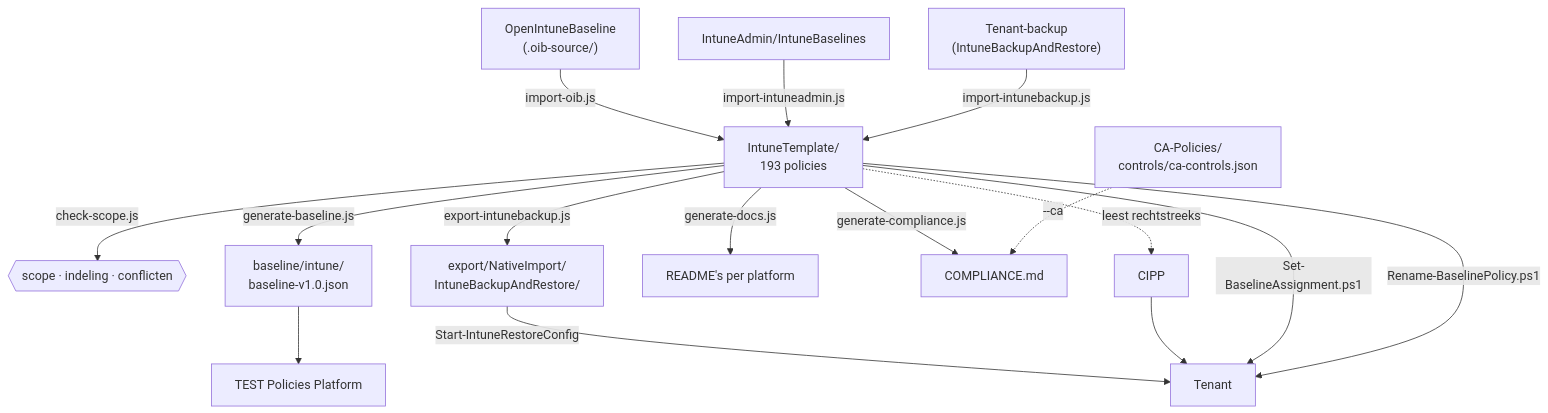
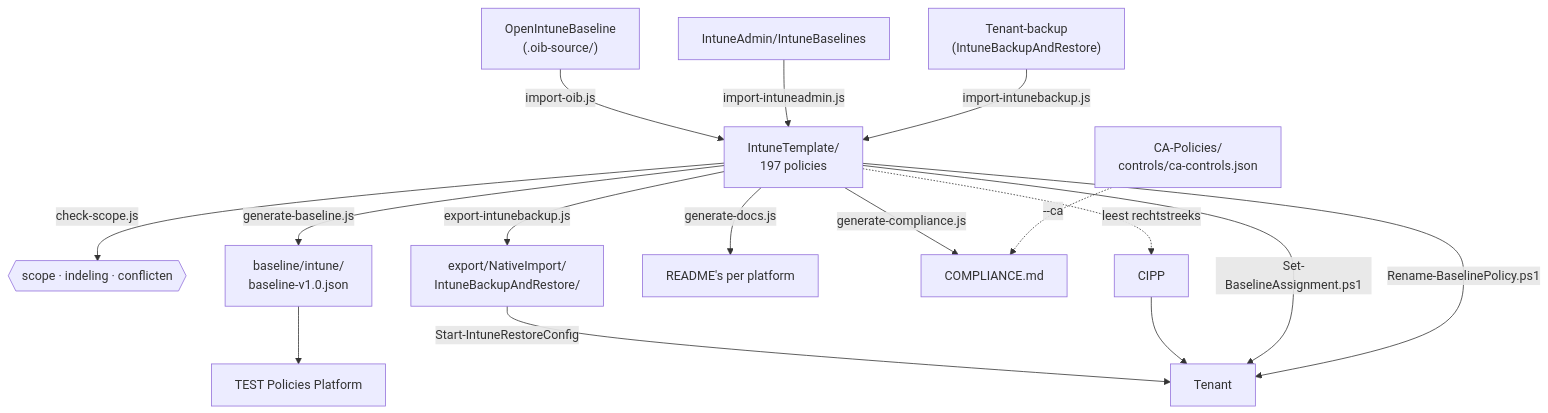
The diagram in scripts/README.md (sjkanon/IntuneBackup), drawn with Mermaid before and after one commit. The commit also changed 1 other file, not shown here.

Commit message:
De README telde nog 193 policies en de fases van vóór de laatste import
Het manifest staat op 197 policies en fases 101/39/26/16/15; de README
en het schema in scripts/README.md noemden nog 193 en 98/25/10/9/7.

````diff
--- a/scripts/README.md
+++ b/scripts/README.md
@@ -7,19 +7,19 @@
 ```mermaid
 flowchart TD
   OIB["OpenIntuneBaseline<br/>(.oib-source/)"] -->|import-oib.js| T
   IA["IntuneAdmin/IntuneBaselines"] -->|import-intuneadmin.js| T
   TEN["Tenant-backup<br/>(IntuneBackupAndRestore)"] -->|import-intunebackup.js| T
-  T["IntuneTemplate/<br/>193 policies"]
+  T["IntuneTemplate/<br/>197 policies"]
   T -->|check-scope.js| CHK{{"scope · indeling · conflicten"}}
   T -->|generate-baseline.js| BL["baseline/intune/<br/>baseline-v1.0.json"]
   T -->|export-intunebackup.js| EX["export/NativeImport/<br/>IntuneBackupAndRestore/"]
   T -->|generate-docs.js| DOC["README's per platform"]
   T -->|generate-compliance.js| CMP["COMPLIANCE.md"]
   CA["CA-Policies/<br/>controls/ca-controls.json"] -.->|--ca| CMP
   T -.->|leest rechtstreeks| CIPP["CIPP"]
   BL --> PLAT["TEST Policies Platform"]
   EX -->|Start-IntuneRestoreConfig| TENANT["Tenant"]
   CIPP --> TENANT
   T -->|Set-BaselineAssignment.ps1| TENANT
   T -->|Rename-BaselinePolicy.ps1| TENANT
 ```
````
